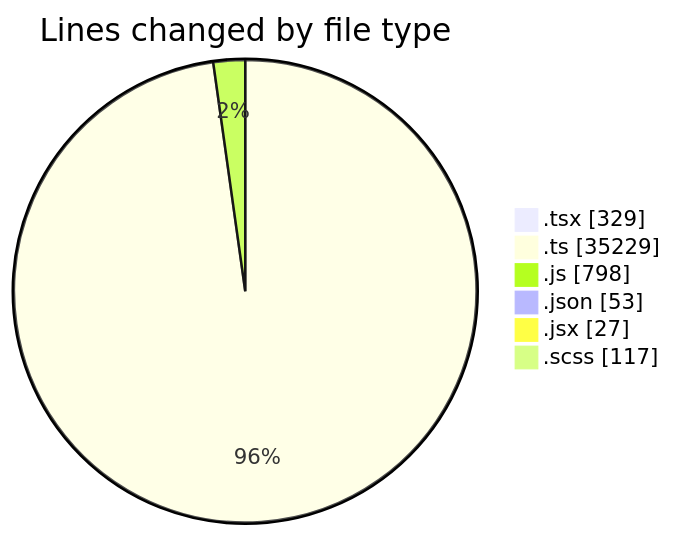
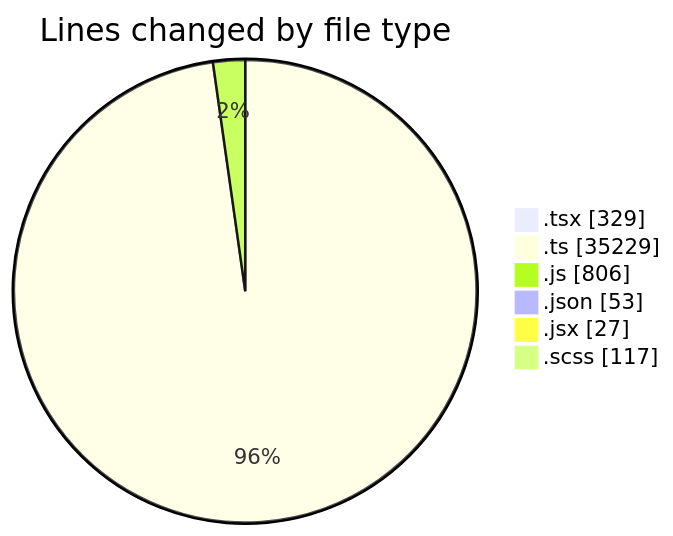
Before and after one commit to momahboobian/code-tracking: the first of 2 diagrams in 2025-12-17/cda/README.md, drawn with Mermaid. The commit also changed other lines of this file and 1 other file, not shown here.

````diff
--- a/2025-12-17/cda/README.md
+++ b/2025-12-17/cda/README.md
@@ -43,10 +43,10 @@
 ```mermaid
 pie showData
 title Lines changed by file type
 ".tsx" : 329
 ".ts" : 35229
-".js" : 798
+".js" : 806
 ".json" : 53
 ".jsx" : 27
 ".scss" : 117
 ```
````
